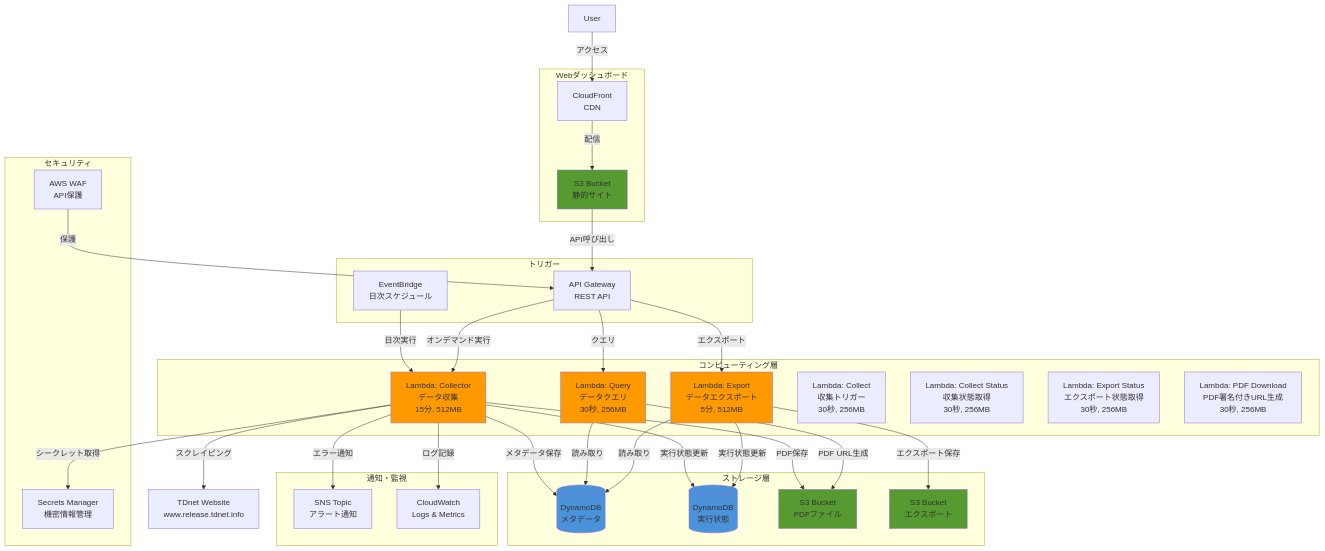
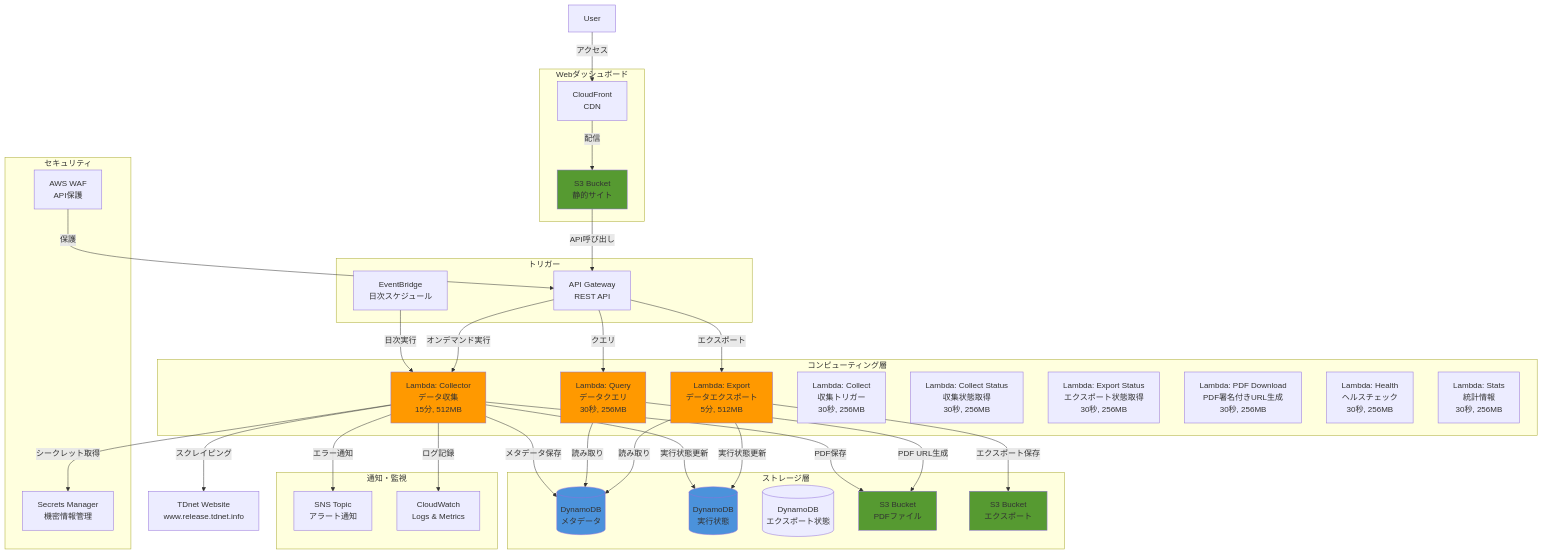
Before and after one commit to TakahiroImanishi/tdnet-data-collector: the first of 3 diagrams in .kiro/specs/tdnet-data-collector/docs/design.md, drawn with Mermaid. The commit also changed other lines of this file and 7 other files, not shown here.

```diff
--- a/.kiro/specs/tdnet-data-collector/docs/design.md
+++ b/.kiro/specs/tdnet-data-collector/docs/design.md
@@ -50,9 +50,11 @@
         LCS[Lambda: Collect Status<br/>収集状態取得<br/>30秒, 256MB]
         LES[Lambda: Export Status<br/>エクスポート状態取得<br/>30秒, 256MB]
         LPD[Lambda: PDF Download<br/>PDF署名付きURL生成<br/>30秒, 256MB]
+        LH[Lambda: Health<br/>ヘルスチェック<br/>30秒, 256MB]
+        LST[Lambda: Stats<br/>統計情報<br/>30秒, 256MB]
     end
     
-    %% 注: 実装では7個のLambda関数が存在
+    %% 注: 実装では9個のLambda関数が存在
     %% 1. Collector: データ収集（TDnetスクレイピング、PDF保存）
     %% 2. Query: データクエリ（DynamoDB検索、CSV/JSON変換）
     %% 3. Export: データエクスポート（大量データの非同期エクスポート）
@@ -60,10 +62,13 @@
     %% 5. Collect Status: 収集状態取得（GET /collect/{execution_id} エンドポイント）
     %% 6. Export Status: エクスポート状態取得（GET /exports/{export_id} エンドポイント）
     %% 7. PDF Download: PDF署名付きURL生成（GET /disclosures/{disclosure_id}/pdf エンドポイント）
+    %% 8. Health: ヘルスチェック（GET /health エンドポイント）
+    %% 9. Stats: 統計情報（GET /stats エンドポイント）
     
     subgraph "ストレージ層"
         DDB[(DynamoDB<br/>メタデータ)]
         DDBEX[(DynamoDB<br/>実行状態)]
+        DDBEXP[(DynamoDB<br/>エクスポート状態)]
         S3P[S3 Bucket<br/>PDFファイル]
         S3E[S3 Bucket<br/>エクスポート]
     end
```
